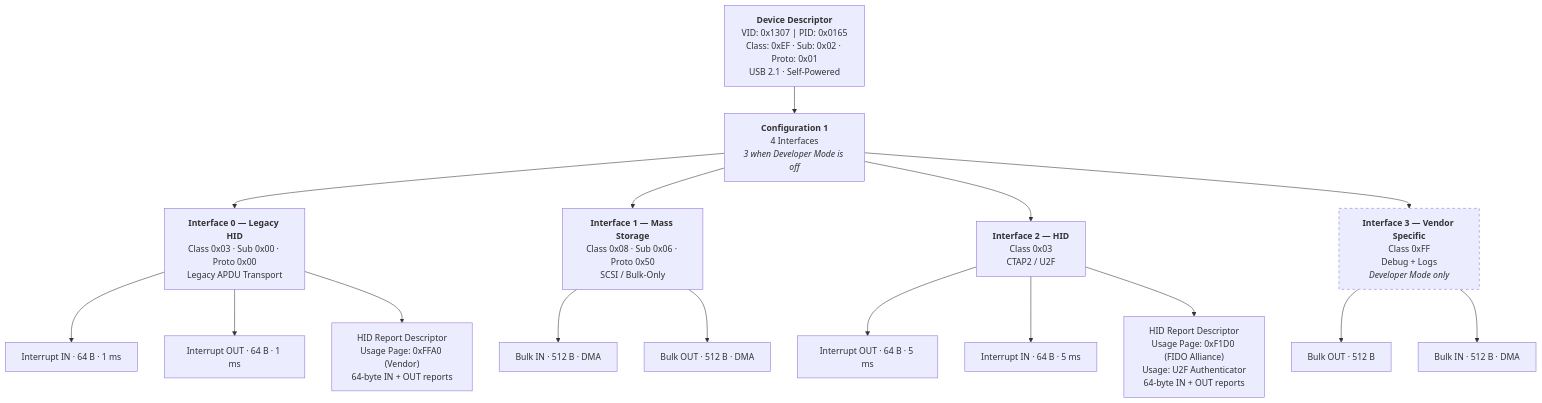
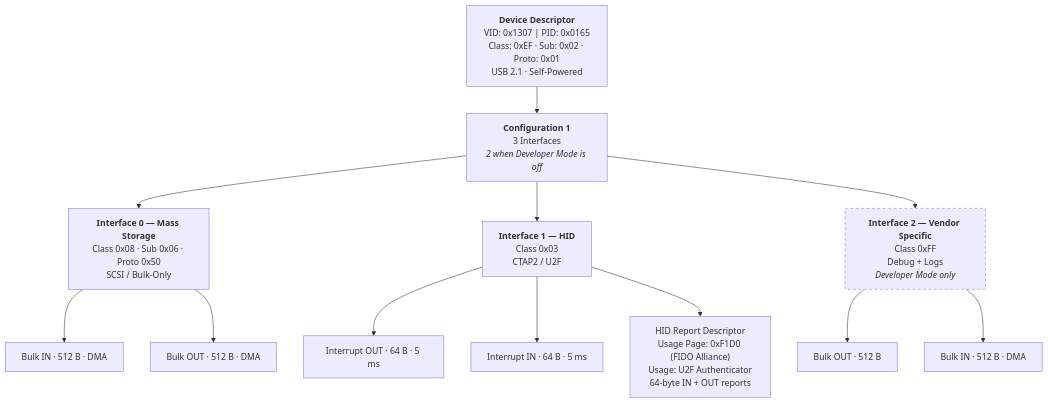
One commit to Foundation-Devices/KeyOS changed the first of 4 diagrams in docs/usb-architecture.md. Above: the diagram before and after it, drawn with Mermaid. The commit also changed other lines of this file and 19 other files, not shown here.

````diff
--- a/docs/usb-architecture.md
+++ b/docs/usb-architecture.md
@@ -28,45 +34,35 @@
 ```mermaid
 graph TD
     DEV["<b>Device Descriptor</b><br/>VID: 0x1307 | PID: 0x0165<br/>Class: 0xEF · Sub: 0x02 · Proto: 0x01<br/>USB 2.1 · Self-Powered"]
-    CFG["<b>Configuration 1</b><br/>4 Interfaces<br/><i>3 when Developer Mode is off</i>"]
+    CFG["<b>Configuration 1</b><br/>3 Interfaces<br/><i>2 when Developer Mode is off</i>"]
 
     DEV --> CFG
 
-    IF0["<b>Interface 0 — Legacy HID</b><br/>Class 0x03 · Sub 0x00 · Proto 0x00<br/>Legacy APDU Transport"]
-    IF1["<b>Interface 1 — Mass Storage</b><br/>Class 0x08 · Sub 0x06 · Proto 0x50<br/>SCSI / Bulk-Only"]
-    IF2["<b>Interface 2 — HID</b><br/>Class 0x03<br/>CTAP2 / U2F"]
-    IF3["<b>Interface 3 — Vendor Specific</b><br/>Class 0xFF<br/>Debug + Logs<br/><i>Developer Mode only</i>"]
+    IF0["<b>Interface 0 — Mass Storage</b><br/>Class 0x08 · Sub 0x06 · Proto 0x50<br/>SCSI / Bulk-Only"]
+    IF1["<b>Interface 1 — HID</b><br/>Class 0x03<br/>CTAP2 / U2F"]
+    IF2["<b>Interface 2 — Vendor Specific</b><br/>Class 0xFF<br/>Debug + Logs<br/><i>Developer Mode only</i>"]
 
     CFG --> IF0
     CFG --> IF1
     CFG --> IF2
-    CFG --> IF3
-
-    LEP_IN["Interrupt IN · 64 B · 1 ms"]
-    LEP_OUT["Interrupt OUT · 64 B · 1 ms"]
-    IF0 --> LEP_IN
-    IF0 --> LEP_OUT
-
-    LHID["HID Report Descriptor<br/>Usage Page: 0xFFA0 (Vendor)<br/>64-byte IN + OUT reports"]
-    IF0 --> LHID
 
     EP_MS_IN["Bulk IN · 512 B · DMA"]
     EP_MS_OUT["Bulk OUT · 512 B · DMA"]
-    IF1 --> EP_MS_IN
-    IF1 --> EP_MS_OUT
+    IF0 --> EP_MS_IN
+    IF0 --> EP_MS_OUT
 
     EP_CTAP_OUT["Interrupt OUT · 64 B · 5 ms"]
     EP_CTAP_IN["Interrupt IN · 64 B · 5 ms"]
-    IF2 --> EP_CTAP_OUT
-    IF2 --> EP_CTAP_IN
+    IF1 --> EP_CTAP_OUT
+    IF1 --> EP_CTAP_IN
 
     HID["HID Report Descriptor<br/>Usage Page: 0xF1D0 (FIDO Alliance)<br/>Usage: U2F Authenticator<br/>64-byte IN + OUT reports"]
-    IF2 --> HID
+    IF1 --> HID
 
     EP_DBG_OUT["Bulk OUT · 512 B"]
     EP_DBG_IN["Bulk IN · 512 B · DMA"]
-    IF3 --> EP_DBG_OUT
-    IF3 --> EP_DBG_IN
+    IF2 --> EP_DBG_OUT
+    IF2 --> EP_DBG_IN
 
-    style IF3 stroke-dasharray: 5 5
+    style IF2 stroke-dasharray: 5 5
 ```
````
